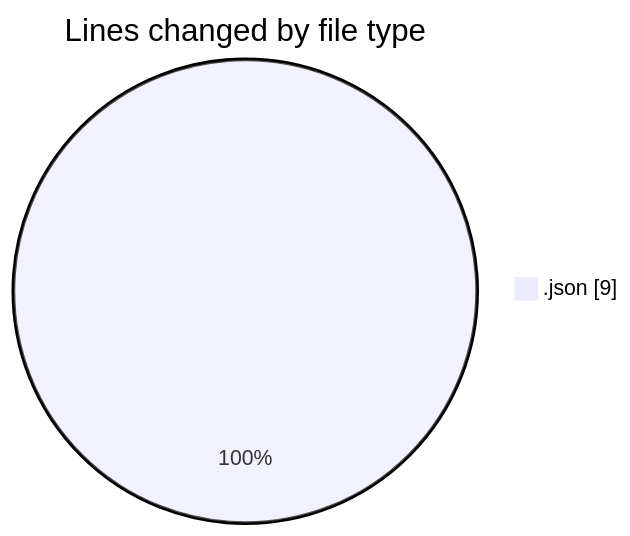
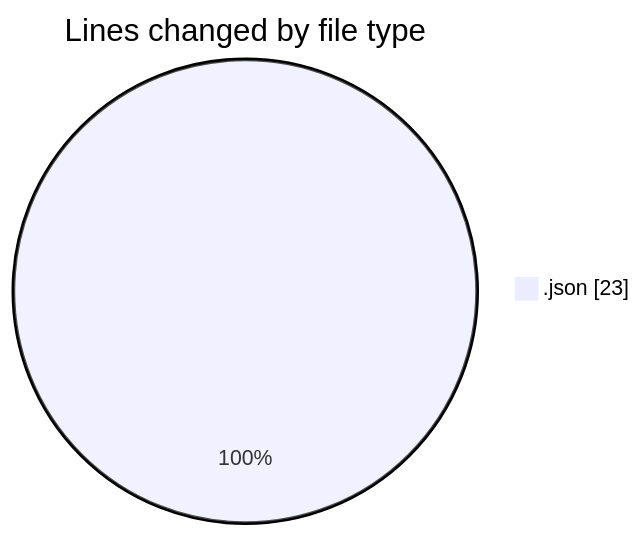
The first of 2 diagrams in 2025-08-18/fresh_start/README.md (EIIisD/code-tracking), drawn with Mermaid before and after one commit. The commit also changed other lines of this file and 1 other file, not shown here.

````diff
--- a/2025-08-18/fresh_start/README.md
+++ b/2025-08-18/fresh_start/README.md
@@ -20,5 +21,5 @@
 ```mermaid
 pie showData
 title Lines changed by file type
-".json" : 9
+".json" : 23
 ```
````
